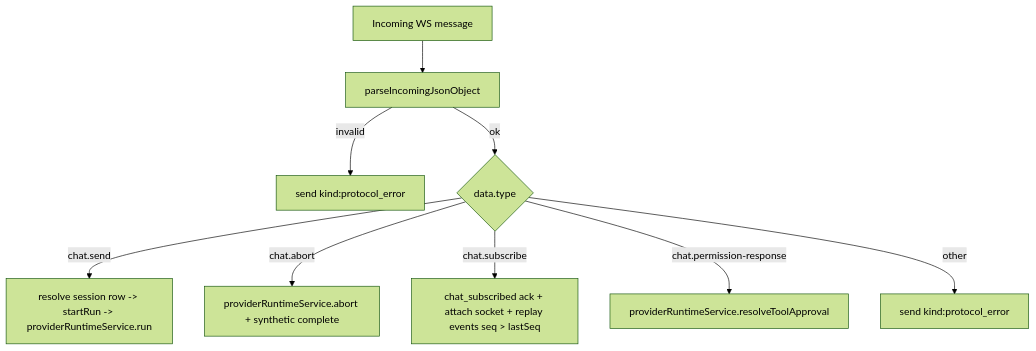
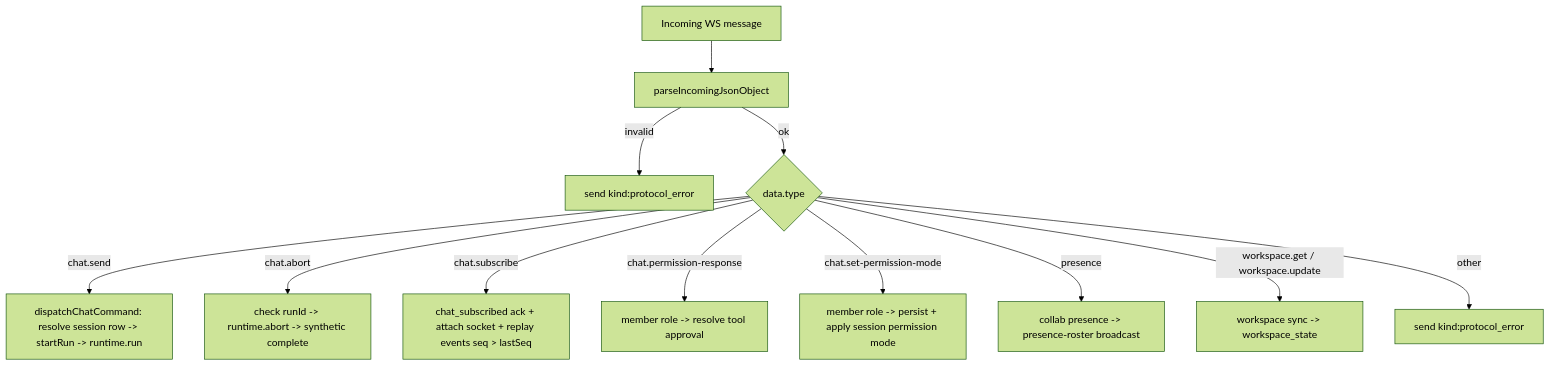
The third of 4 diagrams in server/modules/websocket/README.md (Zakwei/ddagent), drawn with Mermaid (forest theme) before and after one commit. The commit also changed other lines of this file and 19 other files, not shown here.

````diff
--- a/server/modules/websocket/README.md
+++ b/server/modules/websocket/README.md
@@ -121,12 +133,15 @@
 ```mermaid
 flowchart TD
   A[Incoming WS message] --> B[parseIncomingJsonObject]
   B -->|invalid| C[send kind:protocol_error]
   B -->|ok| D{data.type}
 
-  D -->|chat.send| E[resolve session row -> startRun -> providerRuntimeService.run]
-  D -->|chat.abort| F[providerRuntimeService.abort + synthetic complete]
+  D -->|chat.send| E[dispatchChatCommand: resolve session row -> startRun -> runtime.run]
+  D -->|chat.abort| F[check runId -> runtime.abort -> synthetic complete]
   D -->|chat.subscribe| G[chat_subscribed ack + attach socket + replay events seq > lastSeq]
-  D -->|chat.permission-response| H[providerRuntimeService.resolveToolApproval]
+  D -->|chat.permission-response| H[member role -> resolve tool approval]
+  D -->|chat.set-permission-mode| J[member role -> persist + apply session permission mode]
+  D -->|presence| K[collab presence -> presence-roster broadcast]
+  D -->|workspace.get / workspace.update| L[workspace sync -> workspace_state]
   D -->|other| I[send kind:protocol_error]
 ```
````
